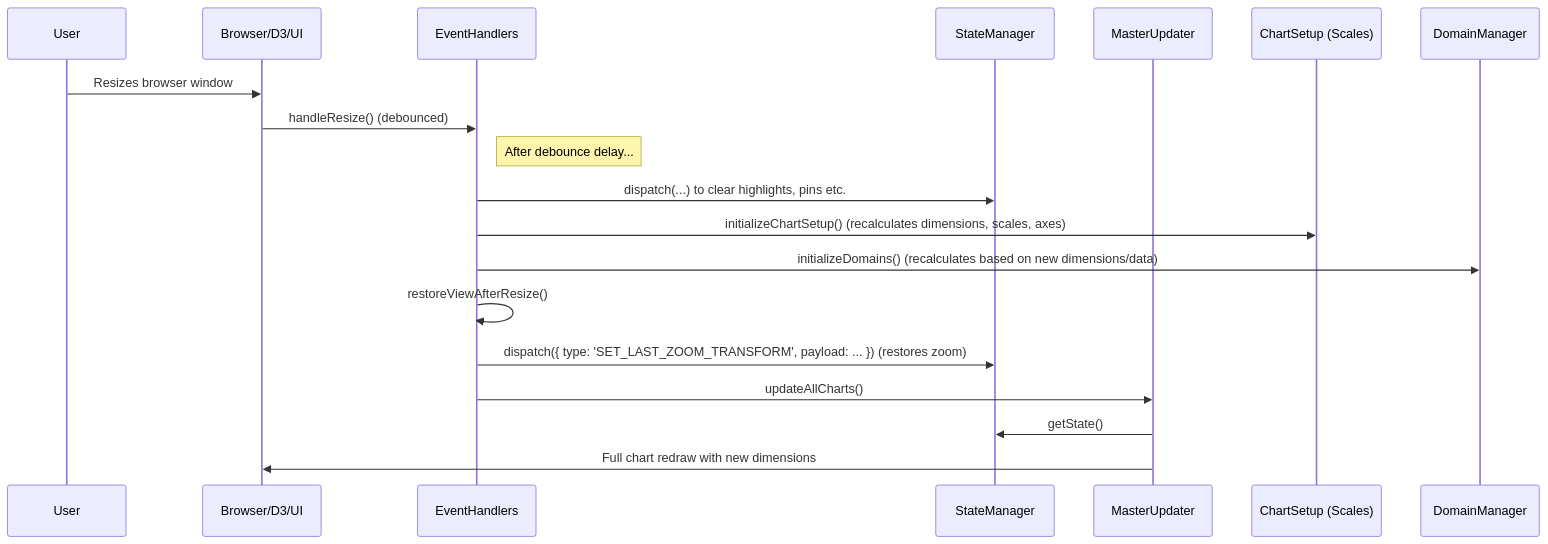
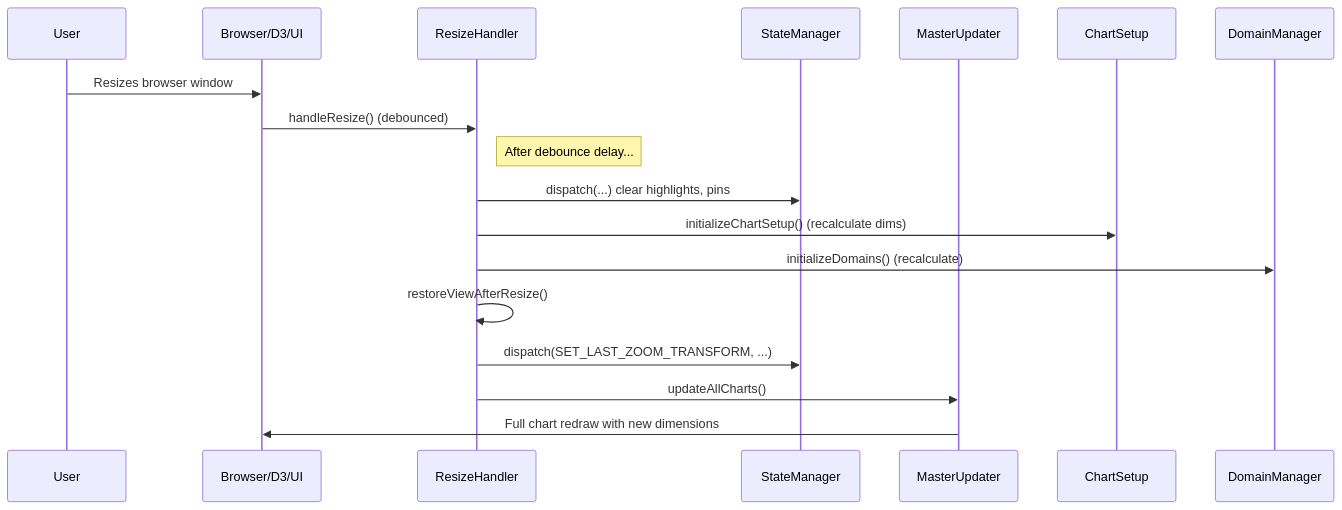
One commit to tomaszkaliciak/weight-insider changed the fifth of 18 diagrams in frontend/docs/program_flow.md. Above: the diagram before and after it, drawn with Mermaid. The commit also changed other lines of this file and 82 other files, not shown here.

````diff
--- a/frontend/docs/program_flow.md
+++ b/frontend/docs/program_flow.md
@@ -150,22 +156,21 @@
 ```mermaid
 sequenceDiagram
     participant User
     participant Browser/D3/UI
-    participant EventHandlers
+    participant ResizeHandler
     participant StateManager
     participant MasterUpdater
-    participant ChartSetup (Scales)
+    participant ChartSetup
     participant DomainManager
 
     User->>Browser/D3/UI: Resizes browser window
-    Browser/D3/UI->>EventHandlers: handleResize() (debounced)
-    Note right of EventHandlers: After debounce delay...
-    EventHandlers->>StateManager: dispatch(...) to clear highlights, pins etc.
-    EventHandlers->>ChartSetup (Scales): initializeChartSetup() (recalculates dimensions, scales, axes)
-    EventHandlers->>DomainManager: initializeDomains() (recalculates based on new dimensions/data)
-    EventHandlers->>EventHandlers: restoreViewAfterResize()
-    EventHandlers->>StateManager: dispatch({ type: 'SET_LAST_ZOOM_TRANSFORM', payload: ... }) (restores zoom)
-    EventHandlers->>MasterUpdater: updateAllCharts()
-    MasterUpdater->>StateManager: getState()
+    Browser/D3/UI->>ResizeHandler: handleResize() (debounced)
+    Note right of ResizeHandler: After debounce delay...
+    ResizeHandler->>StateManager: dispatch(...) clear highlights, pins
+    ResizeHandler->>ChartSetup: initializeChartSetup() (recalculate dims)
+    ResizeHandler->>DomainManager: initializeDomains() (recalculate)
+    ResizeHandler->>ResizeHandler: restoreViewAfterResize()
+    ResizeHandler->>StateManager: dispatch(SET_LAST_ZOOM_TRANSFORM, ...)
+    ResizeHandler->>MasterUpdater: updateAllCharts()
     MasterUpdater->>Browser/D3/UI: Full chart redraw with new dimensions
 ```
````
